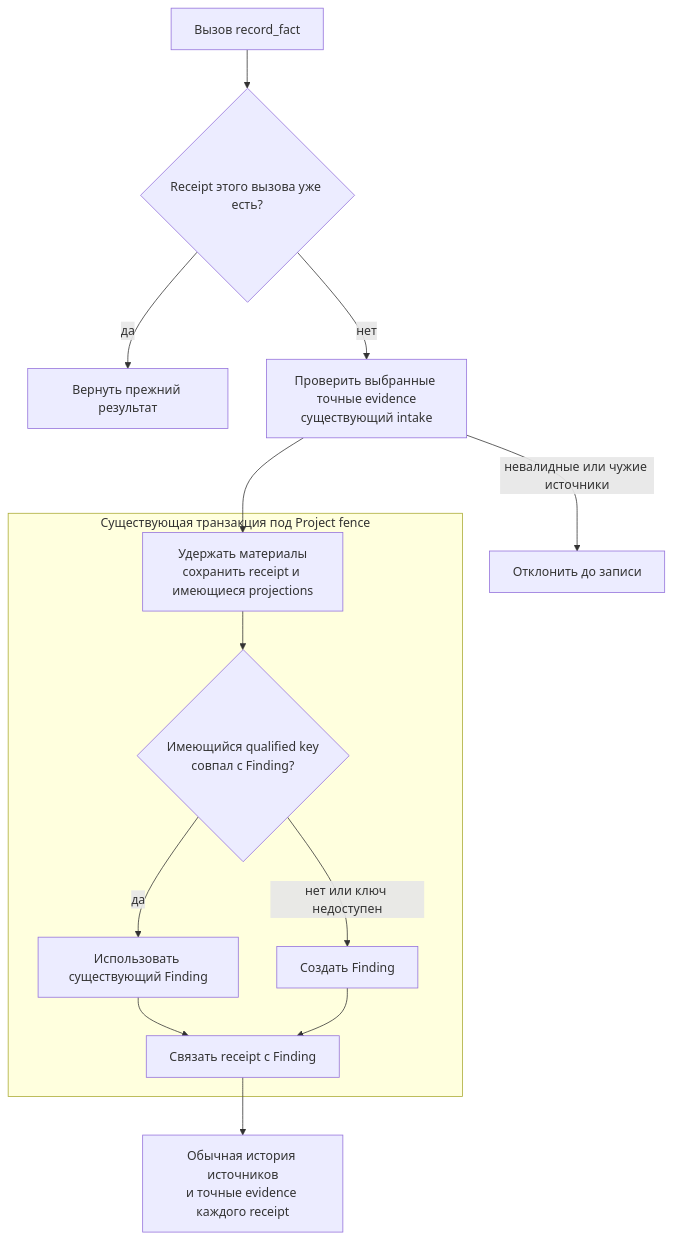
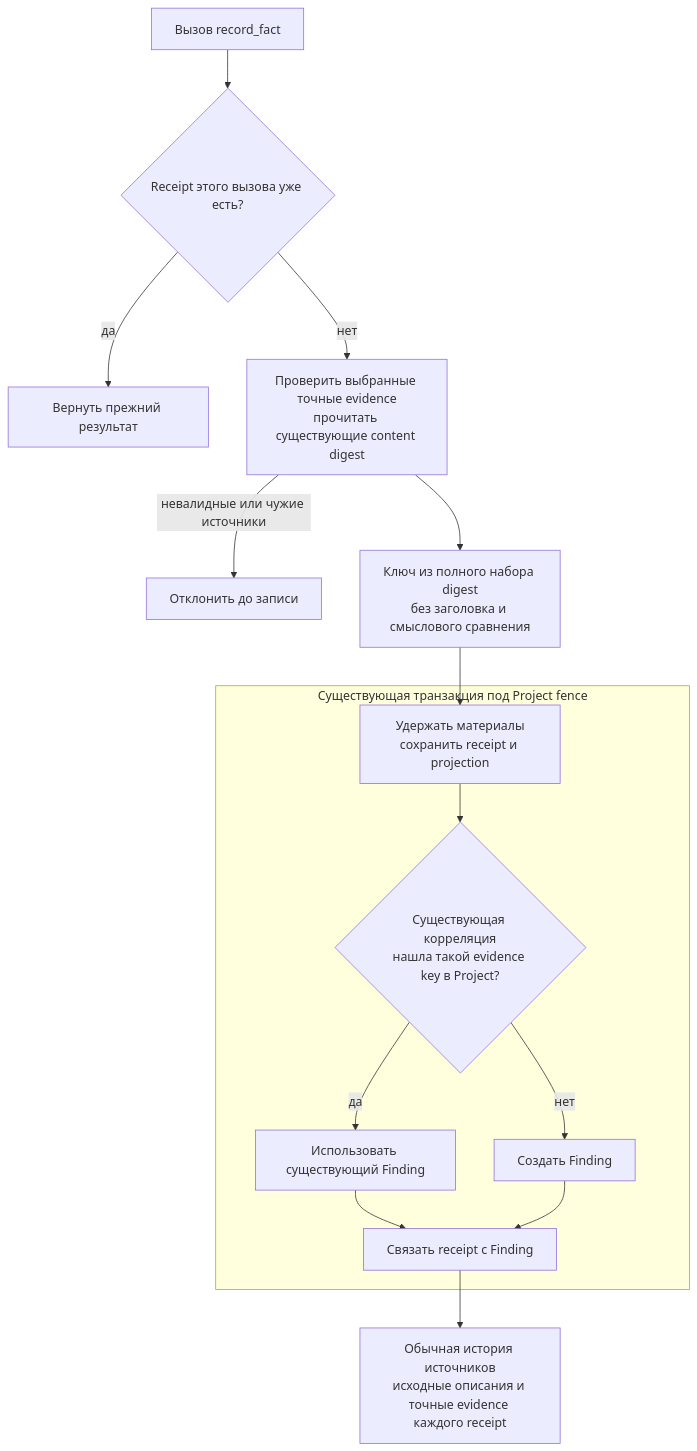
Before and after one commit to grauwolf32/contractor: the fifth of 6 diagrams in docs/proposals/0055-project-facts-through-findings.md, drawn with Mermaid. The commit also changed other lines of this file and 8 other files, not shown here.

````diff
--- a/docs/proposals/0055-project-facts-through-findings.md
+++ b/docs/proposals/0055-project-facts-through-findings.md
@@ -232,16 +239,17 @@
 ```mermaid
 flowchart TD
     C["Вызов record_fact"] --> R{"Receipt этого вызова уже есть?"}
     R -->|"да"| E["Вернуть прежний результат"]
-    R -->|"нет"| S["Проверить выбранные точные evidence<br/>существующий intake"]
+    R -->|"нет"| S["Проверить выбранные точные evidence<br/>прочитать существующие content digest"]
     S -->|"невалидные или чужие источники"| X["Отклонить до записи"]
-    S --> W
+    S --> D["Ключ из полного набора digest<br/>без заголовка и смыслового сравнения"]
+    D --> W
     subgraph TX["Существующая транзакция под Project fence"]
-        W["Удержать материалы<br/>сохранить receipt и имеющиеся projections"] --> K{"Имеющийся qualified key<br/>совпал с Finding?"}
+        W["Удержать материалы<br/>сохранить receipt и projection"] --> K{"Существующая корреляция<br/>нашла такой evidence key в Project?"}
         K -->|"да"| F["Использовать существующий Finding"]
-        K -->|"нет или ключ недоступен"| N["Создать Finding"]
+        K -->|"нет"| N["Создать Finding"]
         F --> L["Связать receipt с Finding"]
         N --> L
     end
-    L --> H["Обычная история источников<br/>и точные evidence каждого receipt"]
+    L --> H["Обычная история источников<br/>исходные описания и точные evidence каждого receipt"]
 ```
````
